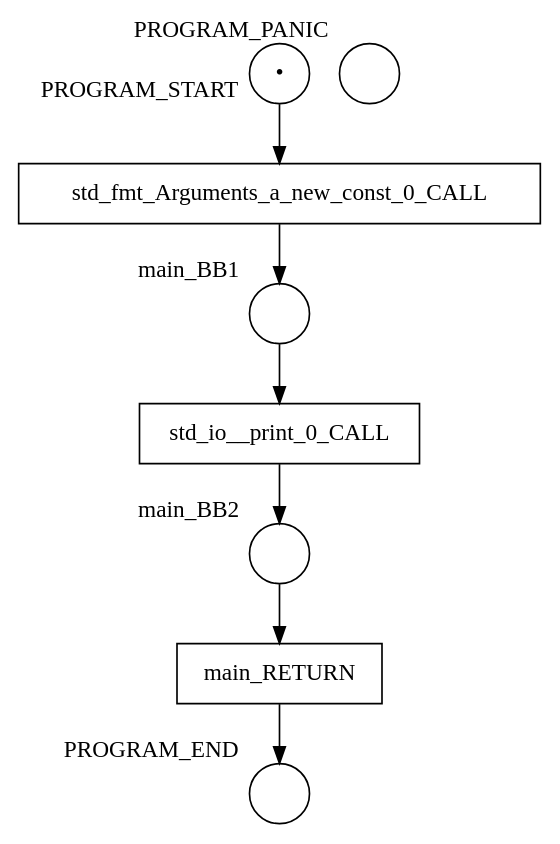
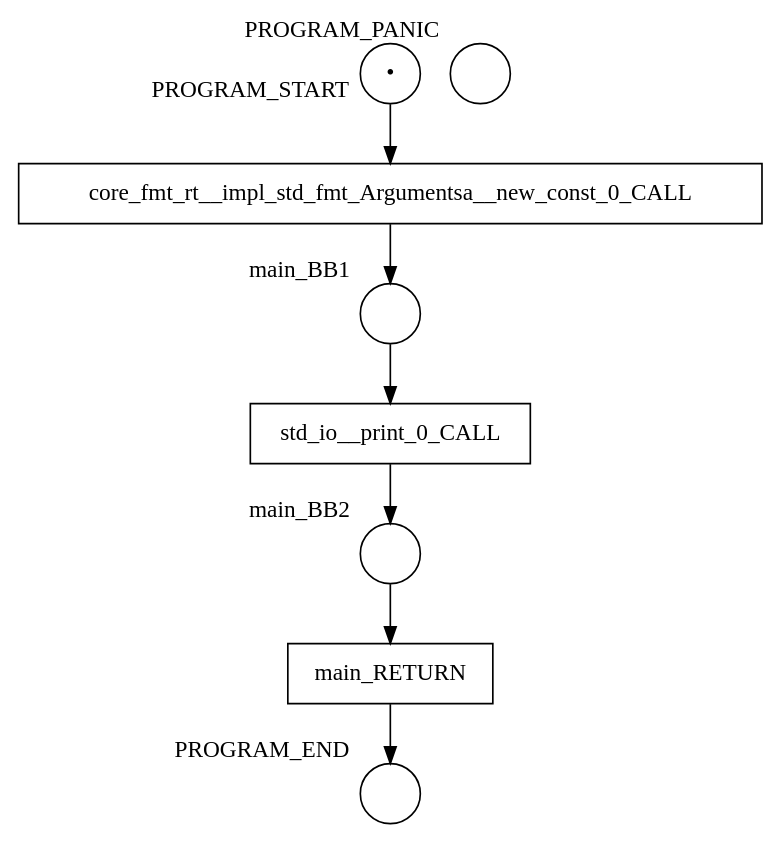
The diagram in examples/results/basic/hello_world/net.dot (hlisdero/cargo-check-deadlock), drawn with Graphviz before and after one commit. The commit also changed 25 other files, not shown here.

```diff
--- a/examples/results/basic/hello_world/net.dot
+++ b/examples/results/basic/hello_world/net.dot
@@ -1,16 +1,16 @@
 digraph petrinet {
     PROGRAM_END [shape="circle" xlabel="PROGRAM_END" label=""];
     PROGRAM_PANIC [shape="circle" xlabel="PROGRAM_PANIC" label=""];
     PROGRAM_START [shape="circle" xlabel="PROGRAM_START" label="•"];
     main_BB1 [shape="circle" xlabel="main_BB1" label=""];
     main_BB2 [shape="circle" xlabel="main_BB2" label=""];
+    core_fmt_rt__impl_std_fmt_Argumentsa__new_const_0_CALL [shape="box" xlabel="" label="core_fmt_rt__impl_std_fmt_Argumentsa__new_const_0_CALL"];
     main_RETURN [shape="box" xlabel="" label="main_RETURN"];
-    std_fmt_Arguments_a_new_const_0_CALL [shape="box" xlabel="" label="std_fmt_Arguments_a_new_const_0_CALL"];
     std_io__print_0_CALL [shape="box" xlabel="" label="std_io__print_0_CALL"];
-    PROGRAM_START -> std_fmt_Arguments_a_new_const_0_CALL;
+    PROGRAM_START -> core_fmt_rt__impl_std_fmt_Argumentsa__new_const_0_CALL;
     main_BB1 -> std_io__print_0_CALL;
     main_BB2 -> main_RETURN;
+    core_fmt_rt__impl_std_fmt_Argumentsa__new_const_0_CALL -> main_BB1;
     main_RETURN -> PROGRAM_END;
-    std_fmt_Arguments_a_new_const_0_CALL -> main_BB1;
     std_io__print_0_CALL -> main_BB2;
 }
```
